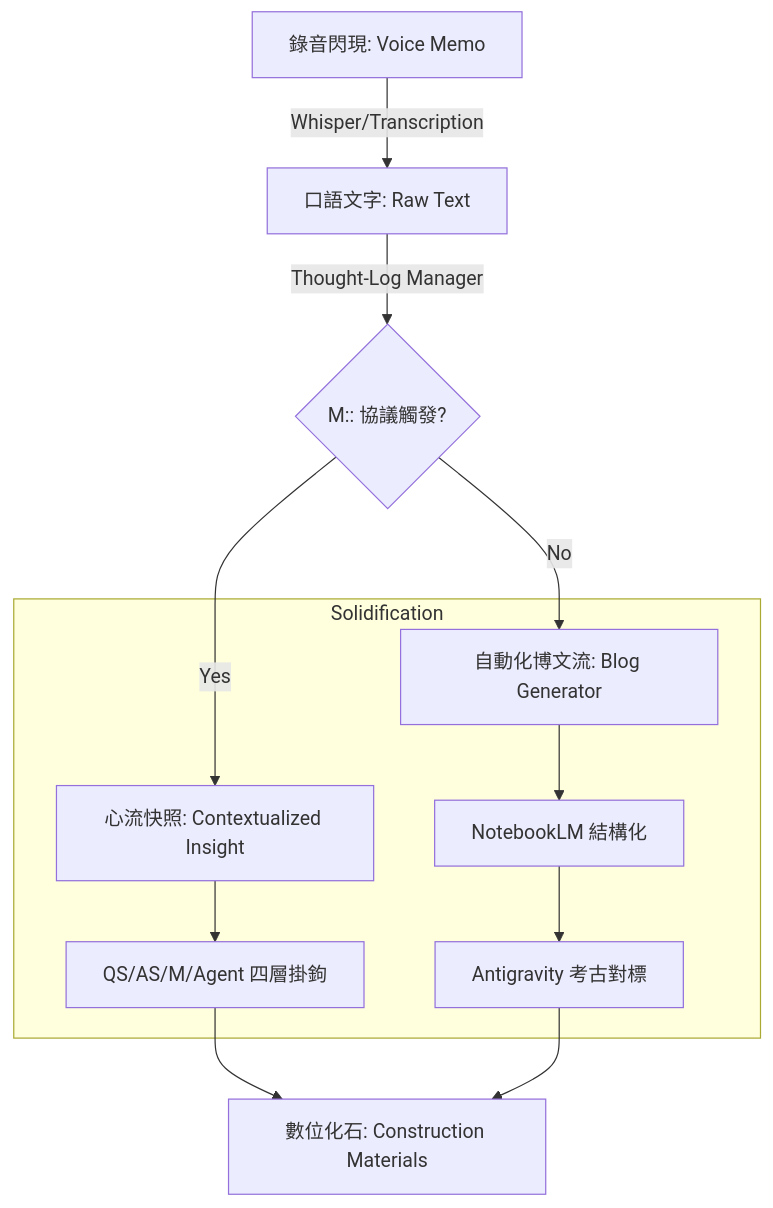
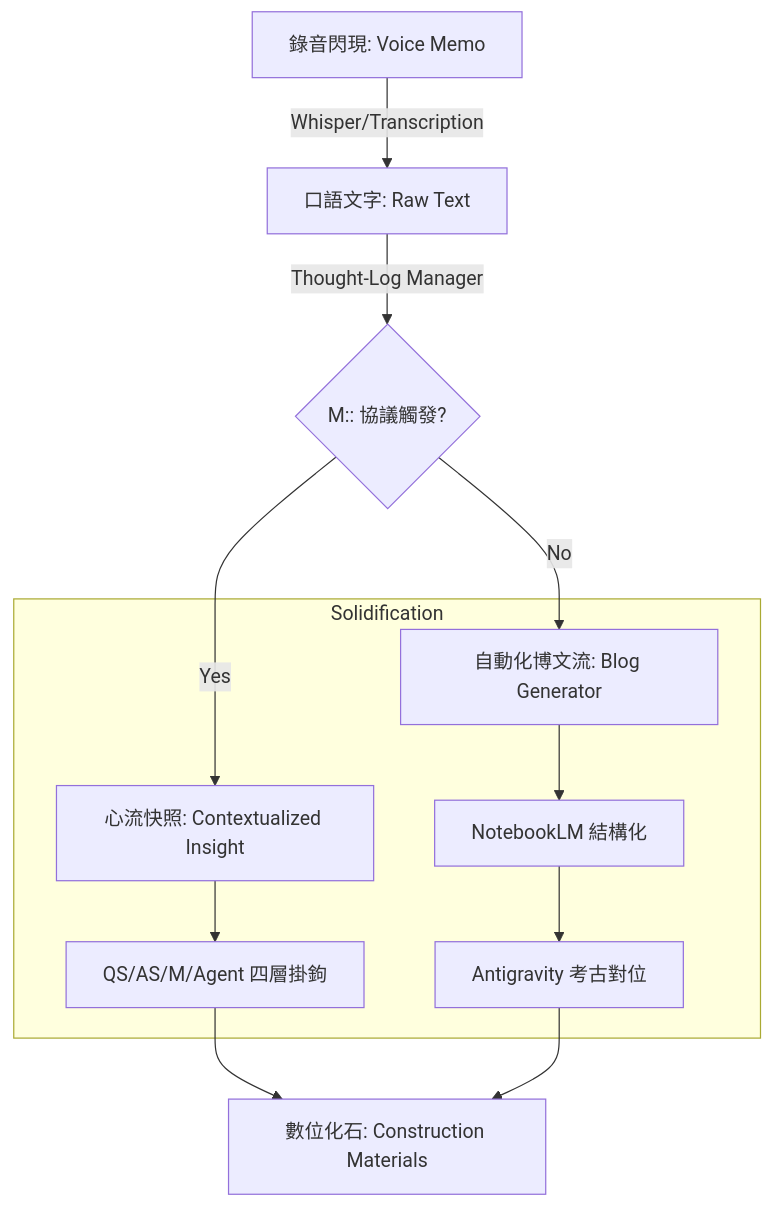
The second of 4 diagrams in Chapter_6_10.md (wuulong/PersonalAI-Empowerment), drawn with Mermaid before and after one commit. The commit also changed 94 other files, not shown here.

````diff
--- a/Chapter_6_10.md
+++ b/Chapter_6_10.md
@@ -47,16 +47,16 @@
 ```mermaid
 graph TD
     A[錄音閃現: Voice Memo] -->|Whisper/Transcription| B[口語文字: Raw Text]
     B -->|Thought-Log Manager| C{M:: 協議觸發?}
     C -->|Yes| D[心流快照: Contextualized Insight]
     C -->|No| E[自動化博文流: Blog Generator]
     
     subgraph 固化區 [Solidification]
         D --> D1[QS/AS/M/Agent 四層掛鉤]
         E --> E1[NotebookLM 結構化]
-        E1 --> E2[Antigravity 考古對標]
+        E1 --> E2[Antigravity 考古對位]
     end
 
     D1 --> F[數位化石: Construction Materials]
     E2 --> F
 ```
````
